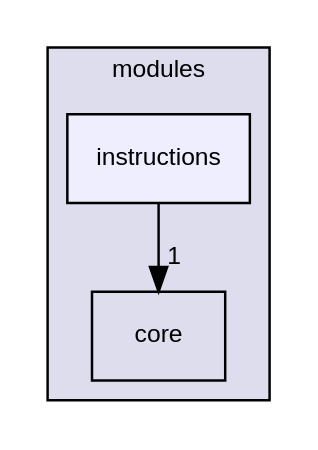
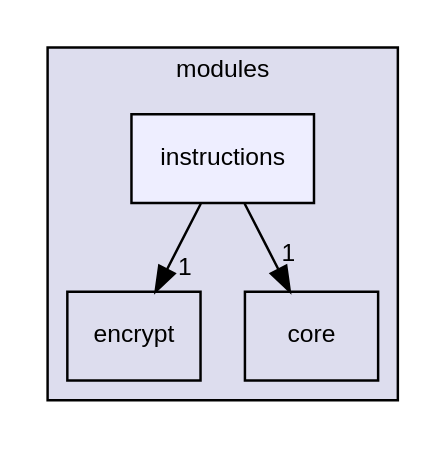
One commit to redhecker/easyVim changed the diagram in docs/dir_23bbb858fb2dbf158f6748e516a480bb_dep.dot. Above: the diagram before and after it, drawn with Graphviz. The commit also changed 82 other files, not shown here.

```diff
--- a/docs/dir_23bbb858fb2dbf158f6748e516a480bb_dep.dot
+++ b/docs/dir_23bbb858fb2dbf158f6748e516a480bb_dep.dot
@@ -1,11 +1,13 @@
 digraph "src/modules/instructions" {
   compound=true
   node [ fontsize="10", fontname="Helvetica"];
   edge [ labelfontsize="10", labelfontname="Helvetica"];
   subgraph clusterdir_ddb4d7e95cc2d6c8e1ade10a20d7247d {
     graph [ bgcolor="#ddddee", pencolor="black", label="modules" fontname="Helvetica", fontsize="10", URL="dir_ddb4d7e95cc2d6c8e1ade10a20d7247d.html"]
+  dir_01c488ddbf95bcb94181f3831ff01574 [shape=box label="encrypt" URL="dir_01c488ddbf95bcb94181f3831ff01574.html"];
   dir_48bd54dcd86210a131d5bab7b05ef6d7 [shape=box label="core" URL="dir_48bd54dcd86210a131d5bab7b05ef6d7.html"];
   dir_23bbb858fb2dbf158f6748e516a480bb [shape=box, label="instructions", style="filled", fillcolor="#eeeeff", pencolor="black", URL="dir_23bbb858fb2dbf158f6748e516a480bb.html"];
   }
+  dir_23bbb858fb2dbf158f6748e516a480bb->dir_01c488ddbf95bcb94181f3831ff01574 [headlabel="1", labeldistance=1.5 headhref="dir_000004_000003.html"];
   dir_23bbb858fb2dbf158f6748e516a480bb->dir_48bd54dcd86210a131d5bab7b05ef6d7 [headlabel="1", labeldistance=1.5 headhref="dir_000004_000002.html"];
 }
```
